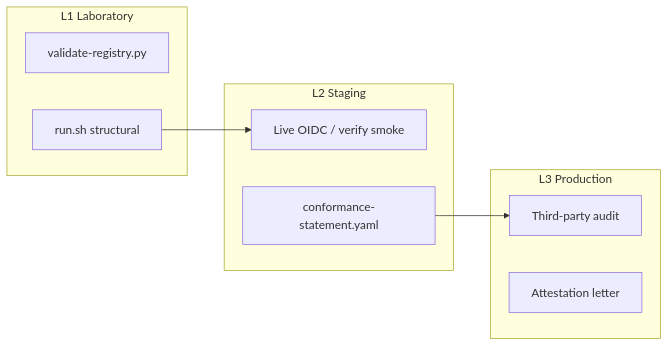
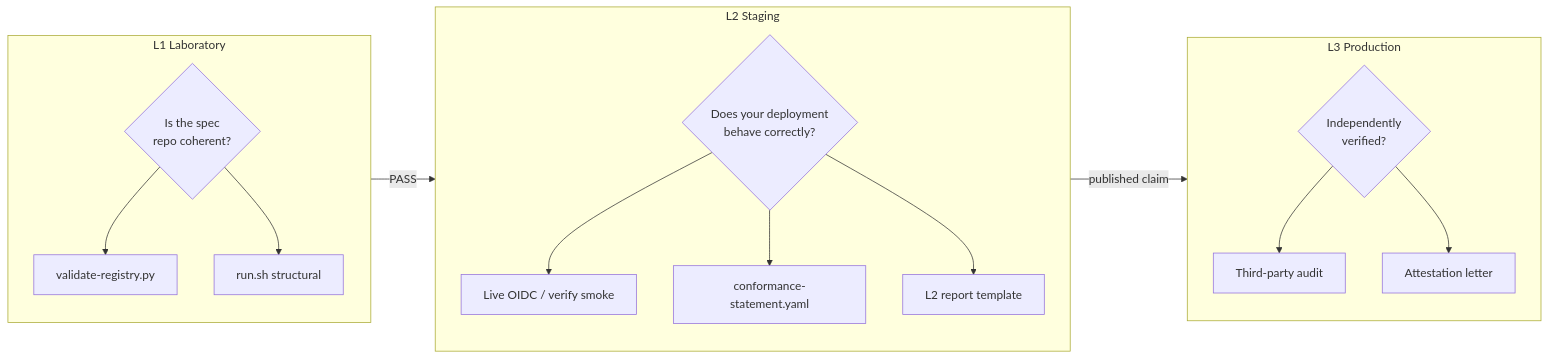
One commit to odtis/core-spec changed the ninth of 12 diagrams in site/VISUAL-GUIDE.md. Above: the diagram before and after it, drawn with Mermaid. The commit also changed other lines of this file, not shown here.

First line of the commit message:
Improve Visual Guide with developer-first Mermaid diagrams.

````diff
--- a/site/VISUAL-GUIDE.md
+++ b/site/VISUAL-GUIDE.md
@@ -191,18 +370,34 @@
 ```mermaid
 flowchart LR
- subgraph L1 [L1 Laboratory]
- V1[validate-registry.py]
- V2[run.sh structural]
- end
- subgraph L2 [L2 Staging]
- S1[Live OIDC / verify smoke]
- S2[conformance-statement.yaml]
- end
- subgraph L3 [L3 Production]
- A1[Third-party audit]
- A2[Attestation letter]
- end
+  subgraph L1 [L1 Laboratory]
+    direction TB
+    Q1{Is the spec<br/>repo coherent?}
+    V1[validate-registry.py]
+    V2[run.sh structural]
+    Q1 --> V1
+    Q1 --> V2
+  end
 
- V2 --> S1
- S2 --> A1
+  subgraph L2 [L2 Staging]
+    direction TB
+    Q2{Does your deployment<br/>behave correctly?}
+    S1[Live OIDC / verify smoke]
+    S2[conformance-statement.yaml]
+    S3[L2 report template]
+    Q2 --> S1
+    Q2 --> S2
+    Q2 --> S3
+  end
+
+  subgraph L3 [L3 Production]
+    direction TB
+    Q3{Independently<br/>verified?}
+    A1[Third-party audit]
+    A2[Attestation letter]
+    Q3 --> A1
+    Q3 --> A2
+  end
+
+  L1 -->|PASS| L2
+  L2 -->|published claim| L3
 ```
````
